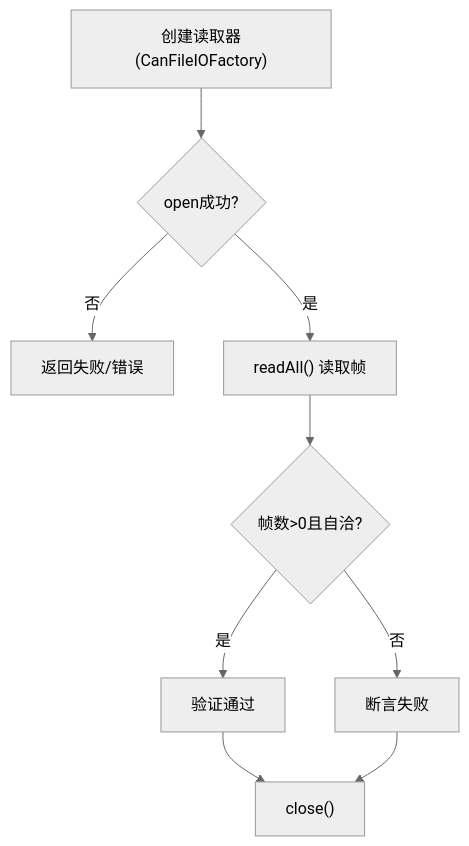
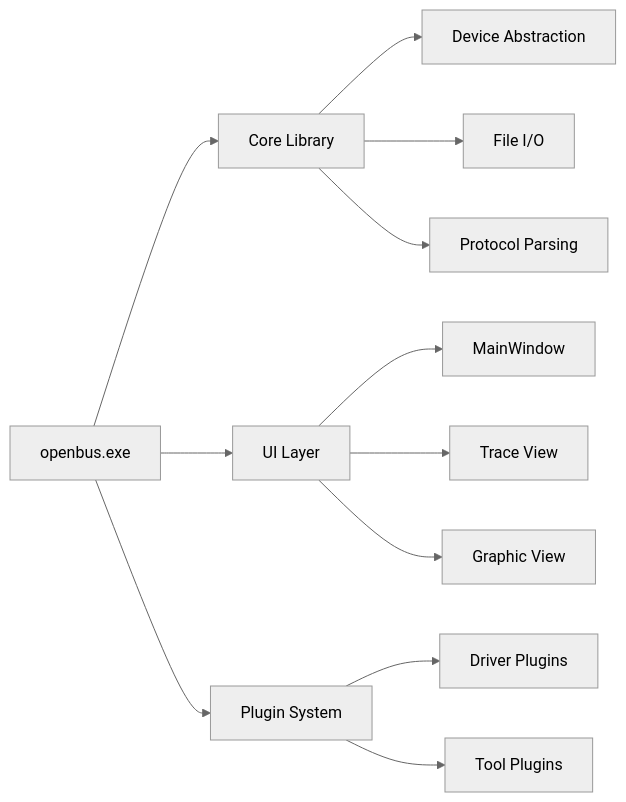
The second of 3 diagrams in .qoder/repowiki/zh/content/开发指南/自动化测试框架.md (jakecai1225-design/OpenBus), drawn with Mermaid (neutral theme) before and after one commit. The commit also changed other lines of this file and 11 other files, not shown here.

````diff
--- a/.qoder/repowiki/zh/content/开发指南/自动化测试框架.md
+++ b/.qoder/repowiki/zh/content/开发指南/自动化测试框架.md
@@ -190,11 +95,14 @@
 ```mermaid
-flowchart TD
-A["创建读取器(CanFileIOFactory)"] --> B{"open成功?"}
-B --> |否| E["返回失败/错误"]
-B --> |是| C["readAll() 读取帧"]
-C --> D{"帧数>0且自洽?"}
-D --> |是| F["验证通过"]
-D --> |否| G["断言失败"]
-F --> H["close()"]
-G --> H
+graph LR
+A["openbus.exe"] --> B["Core Library"]
+A --> C["UI Layer"]
+A --> D["Plugin System"]
+B --> E["Device Abstraction"]
+B --> F["File I/O"]
+B --> G["Protocol Parsing"]
+C --> H["MainWindow"]
+C --> I["Trace View"]
+C --> J["Graphic View"]
+D --> K["Driver Plugins"]
+D --> L["Tool Plugins"]
 ```
````
